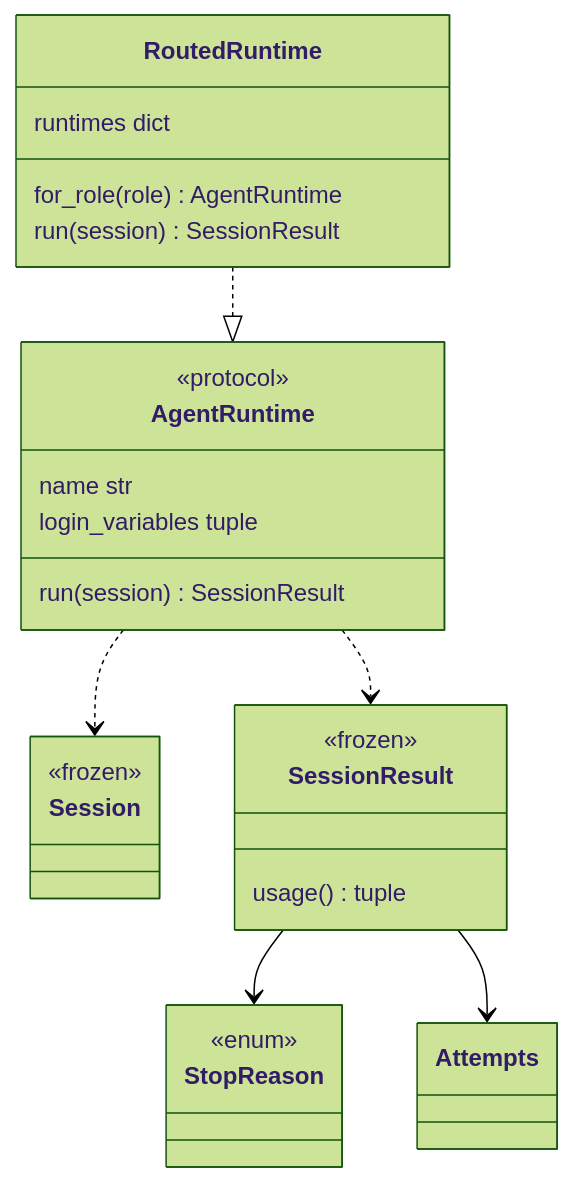
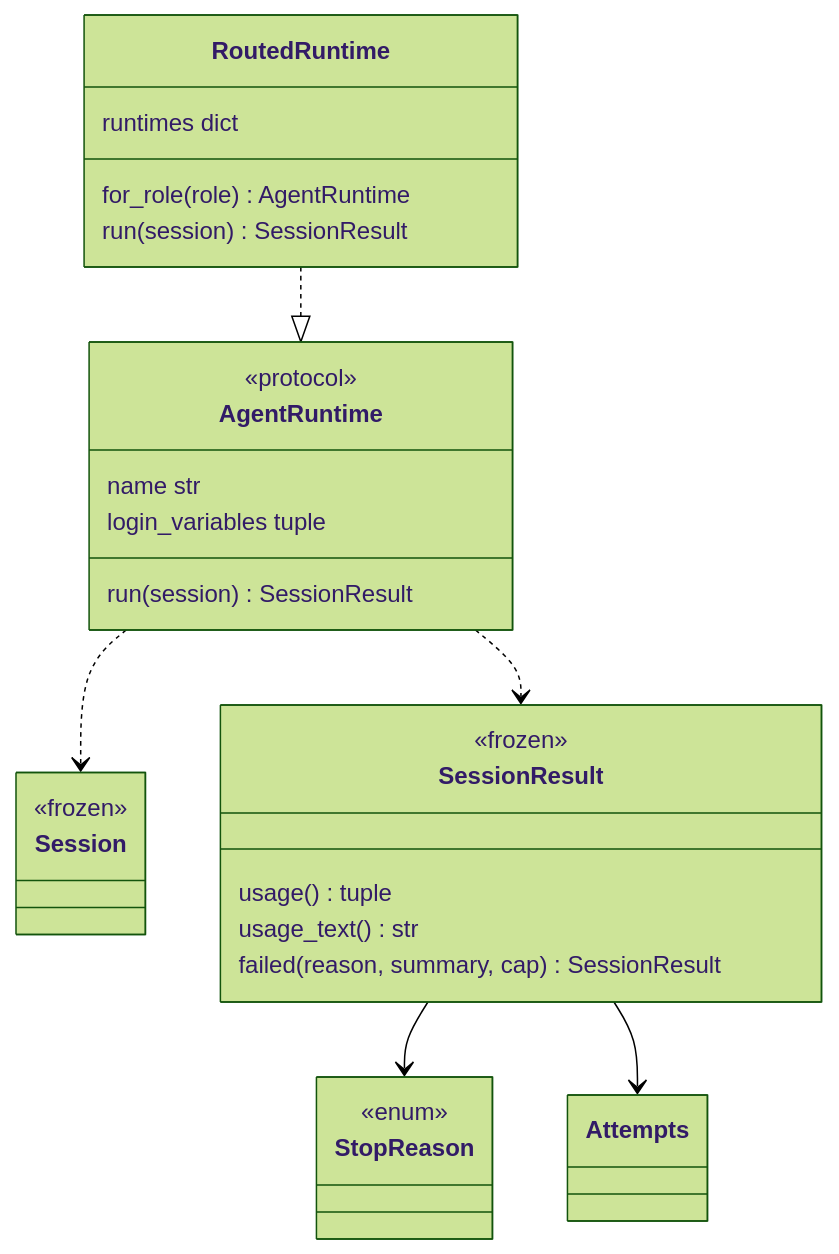
One commit to plaplanche/ariane changed the second of 3 diagrams in docs/architecture/modules/runtime.md. Above: the diagram before and after it, drawn with Mermaid (forest theme). The commit also changed 2 other files, not shown here.

Commit message:
#160: fix round 1

````diff
--- a/docs/architecture/modules/runtime.md
+++ b/docs/architecture/modules/runtime.md
@@ -44,29 +44,31 @@
 ```mermaid
 classDiagram
 class StopReason {
   <<enum>>
 }
 class Session {
   <<frozen>>
 }
 class SessionResult {
   <<frozen>>
   usage() tuple
+  usage_text() str
+  failed(reason, summary, cap) SessionResult
 }
 class AgentRuntime {
   <<protocol>>
   name str
   login_variables tuple
   run(session) SessionResult
 }
 class RoutedRuntime {
   runtimes dict
   for_role(role) AgentRuntime
   run(session) SessionResult
 }
 RoutedRuntime ..|> AgentRuntime
 AgentRuntime ..> Session
 AgentRuntime ..> SessionResult
 SessionResult --> StopReason
 SessionResult --> Attempts
 ```
````
